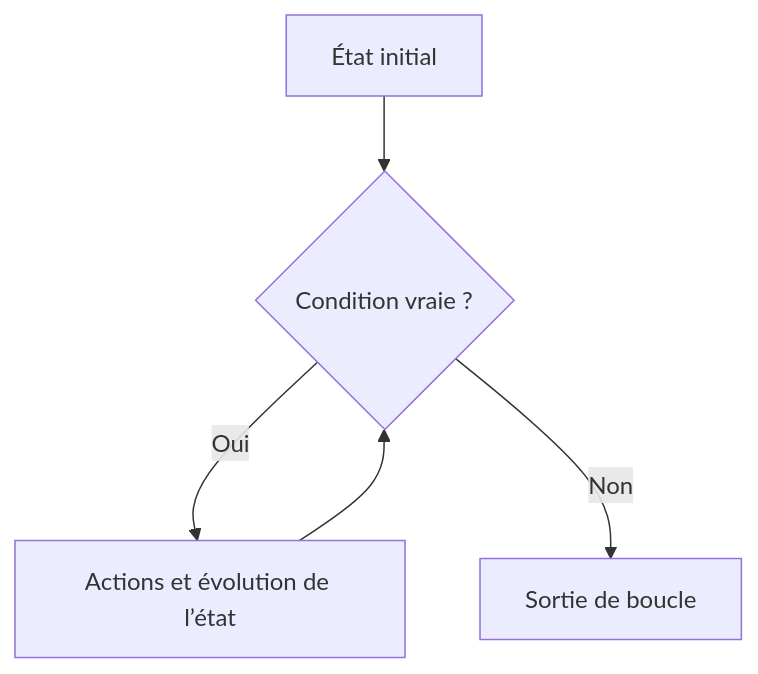
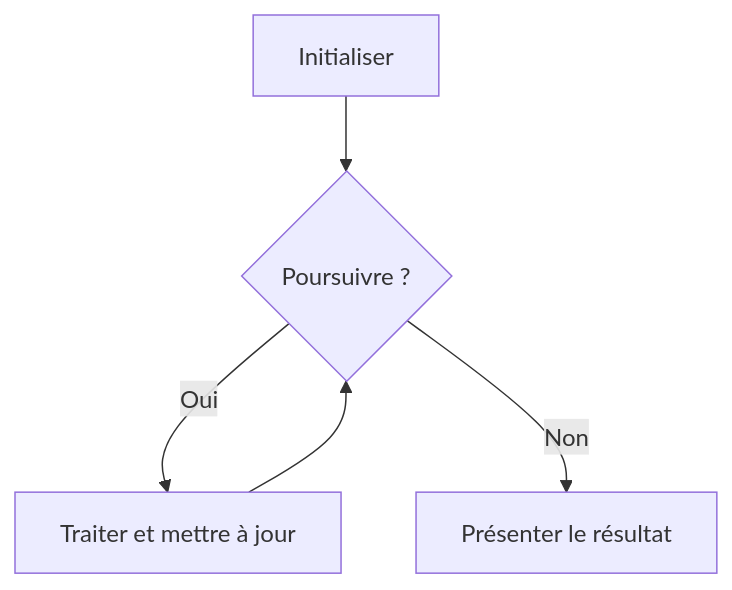
One commit to sk34pk25/tssr-cours changed the diagram in docs/modules/11-initiation-scripting-bash/module-07-les-structures-de-boucle.md. Above: the diagram before and after it, drawn with Mermaid. The commit also changed other lines of this file and 646 other files, not shown here.

````diff
--- a/docs/modules/11-initiation-scripting-bash/module-07-les-structures-de-boucle.md
+++ b/docs/modules/11-initiation-scripting-bash/module-07-les-structures-de-boucle.md
@@ -99,7 +84,7 @@
 ```mermaid
 flowchart TD
- D["État initial"] --> T{"Condition vraie ?"}
- T -->|"Oui"| A["Actions et évolution de l’état"]
- A --> T
- T -->|"Non"| F["Sortie de boucle"]
+    A["Initialiser"] --> B{"Poursuivre ?"}
+    B -->|Oui| C["Traiter et mettre à jour"]
+    C --> B
+    B -->|Non| D["Présenter le résultat"]
 ```
````
